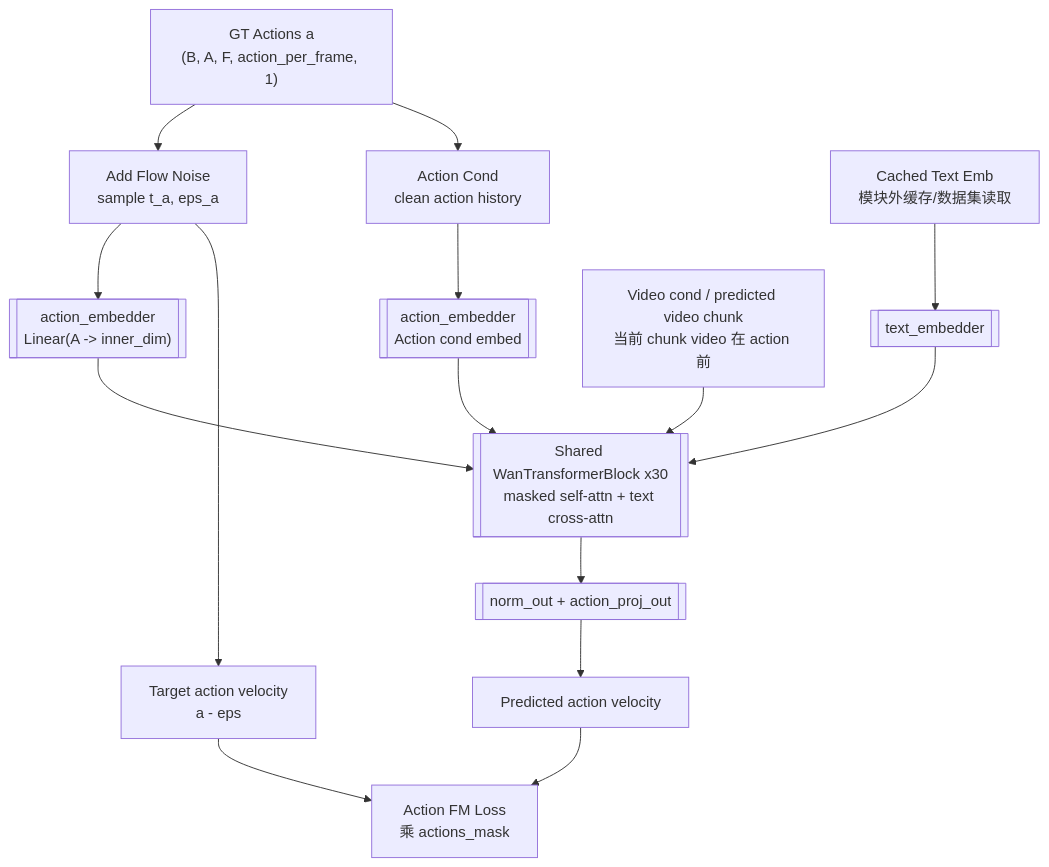
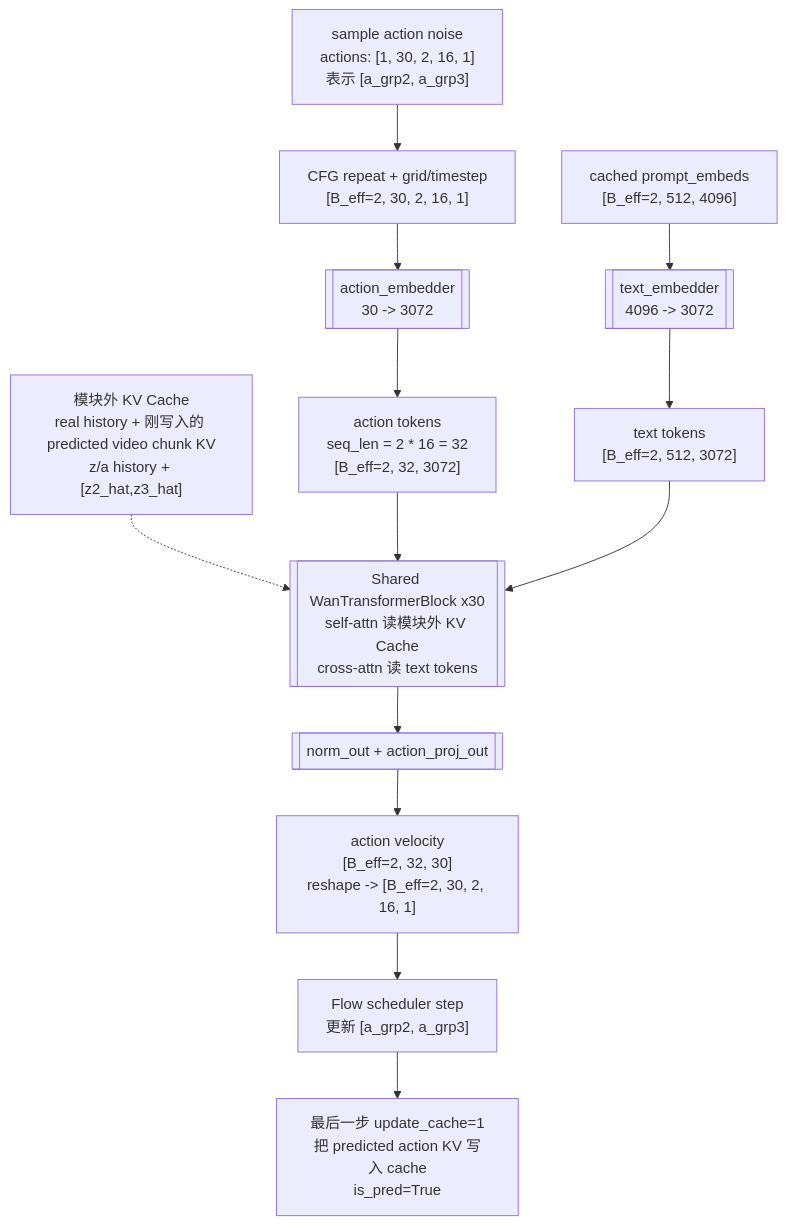
One commit to julyfun/how-to changed the third of 6 diagrams in papers/papers-batch-1.md. Above: the diagram before and after it, drawn with Mermaid. The commit also changed other lines of this file, not shown here.

````diff
--- a/papers/papers-batch-1.md
+++ b/papers/papers-batch-1.md
@@ -124,17 +125,15 @@
 ```mermaid
 flowchart TD
-    act["GT Actions a<br/>(B, A, F, action_per_frame, 1)"] --> anoise["Add Flow Noise<br/>sample t_a, eps_a"]
-    act --> acond["Action Cond<br/>clean action history"]
-    anoise --> aemb[["action_embedder<br/>Linear(A -> inner_dim)"]]
-    acond --> acemb[["action_embedder<br/>Action cond embed"]]
-    prompt["Cached Text Emb<br/>模块外缓存/数据集读取"] --> textproj[["text_embedder"]]
-    vcond["Video cond / predicted video chunk<br/>当前 chunk video 在 action 前"] --> blocks
-    aemb --> blocks[["Shared WanTransformerBlock x30<br/>masked self-attn + text cross-attn"]]
-    acemb --> blocks
-    textproj --> blocks
-    blocks --> ahead[["norm_out + action_proj_out"]]
-    ahead --> apred["Predicted action velocity"]
-    anoise --> atgt["Target action velocity<br/>a - eps"]
-    apred --> aloss["Action FM Loss<br/>乘 actions_mask"]
-    atgt --> aloss
+    cache["模块外 KV Cache<br/>real history + 刚写入的 predicted video chunk KV<br/>z/a history + [z2_hat,z3_hat]"] -.-> attn
+    noise_a["sample action noise<br/>actions: [1, 30, 2, 16, 1]<br/>表示 [a_grp2, a_grp3]"] --> prep["CFG repeat + grid/timestep<br/>[B_eff=2, 30, 2, 16, 1]"]
+    prep --> aemb[["action_embedder<br/>30 -> 3072"]]
+    aemb --> at["action tokens<br/>seq_len = 2 * 16 = 32<br/>[B_eff=2, 32, 3072]"]
+    prompt["cached prompt_embeds<br/>[B_eff=2, 512, 4096]"] --> textproj[["text_embedder<br/>4096 -> 3072"]]
+    textproj --> txt["text tokens<br/>[B_eff=2, 512, 3072]"]
+    at --> attn[["Shared WanTransformerBlock x30<br/>self-attn 读模块外 KV Cache<br/>cross-attn 读 text tokens"]]
+    txt --> attn
+    attn --> ahead[["norm_out + action_proj_out"]]
+    ahead --> avel["action velocity<br/>[B_eff=2, 32, 30]<br/>reshape -> [B_eff=2, 30, 2, 16, 1]"]
+    avel --> sched["Flow scheduler step<br/>更新 [a_grp2, a_grp3]"]
+    sched --> predcache["最后一步 update_cache=1<br/>把 predicted action KV 写入 cache<br/>is_pred=True"]
 ```
````
